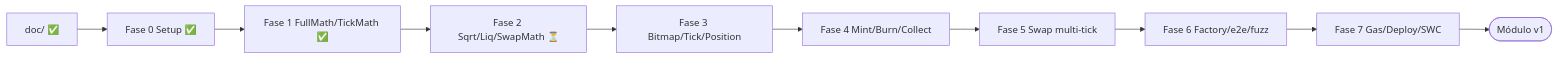
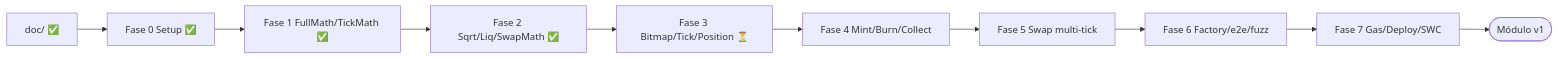
Before and after one commit to rastrahm/amm-v3-concentrated-liquidity: the ninth of 9 diagrams in doc/flujograma.md, drawn with Mermaid. The commit also changed other lines of this file and 13 other files, not shown here.

Commit message:
SqrtPriceMath + LiquidityMath + SwapMath

````diff
--- a/doc/flujograma.md
+++ b/doc/flujograma.md
@@ -167,12 +167,12 @@
 ```mermaid
 flowchart LR
     Doc[doc/ ✅] --> F0[Fase 0 Setup ✅]
     F0 --> F1[Fase 1 FullMath/TickMath ✅]
-    F1 --> F2[Fase 2 Sqrt/Liq/SwapMath ⏳]
-    F2 --> F3[Fase 3 Bitmap/Tick/Position]
+    F1 --> F2[Fase 2 Sqrt/Liq/SwapMath ✅]
+    F2 --> F3[Fase 3 Bitmap/Tick/Position ⏳]
     F3 --> F4[Fase 4 Mint/Burn/Collect]
     F4 --> F5[Fase 5 Swap multi-tick]
     F5 --> F6[Fase 6 Factory/e2e/fuzz]
     F6 --> F7[Fase 7 Gas/Deploy/SWC]
     F7 --> Done([Módulo v1])
 ```
````
